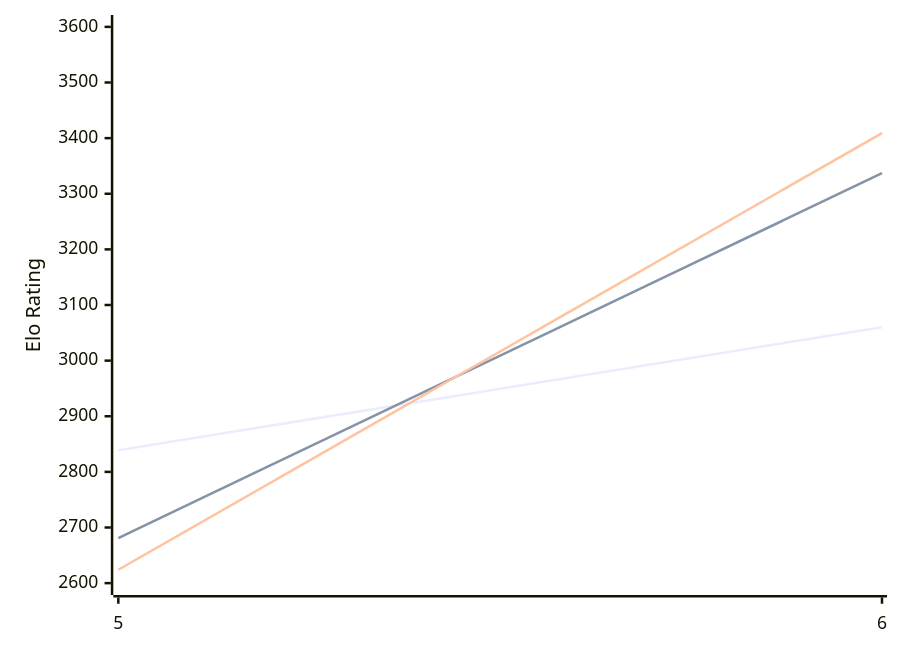
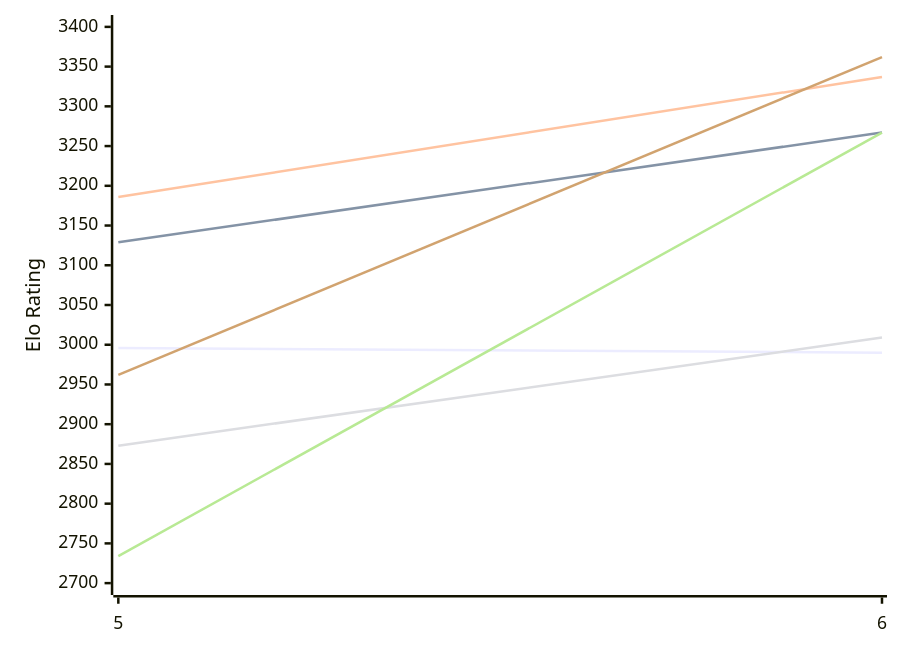
One commit to computer-chess-index/cci changed the first of 2 diagrams in engines/Cwtch.md. Above: the diagram before and after it, drawn with Mermaid. The commit also changed other lines of this file, not shown here.

Commit message:
Update CCI Ratings (ELO VLTC) - 2026-11-13

````diff
--- a/engines/Cwtch.md
+++ b/engines/Cwtch.md
@@ -50,12 +51,12 @@
 ```mermaid
 %%{init: {"theme":"base","themeVariables":{"seriesColors:['#a3a3a3','#222221','#faa371']}}}%%
 xychart-beta
   x-axis ["5", "6"]
-  y-axis "Elo Rating" 2600 --> 3600
-  line "E1: STC (8.0+0.08s)" [2839, 3060]
-  line "E1: LTC (60.0+0.60s)" [2681, 3337]
-  line "E1: VLTC (2m24s+1.12s)" [2624, 3409]
-  line "P1: STC (8.0+0.08s)" [3174]
-  line "P1: LTC (60.0+0.60s)" [3434]
-  line "P1: VLTC (2m24s+1.12s)" [3529]
+  y-axis "Elo Rating" 2700 --> 3400
+  line "E1: STC (8.0+0.08s)" [2996, 2990]
+  line "E1: LTC (60.0+0.60s)" [3129, 3267]
+  line "E1: VLTC (2m24s+1.12s)" [3186, 3337]
+  line "P1: STC (8.0+0.08s)" [2873, 3009]
+  line "P1: LTC (60.0+0.60s)" [2734, 3267]
+  line "P1: VLTC (2m24s+1.12s)" [2962, 3362]
 ```
````
